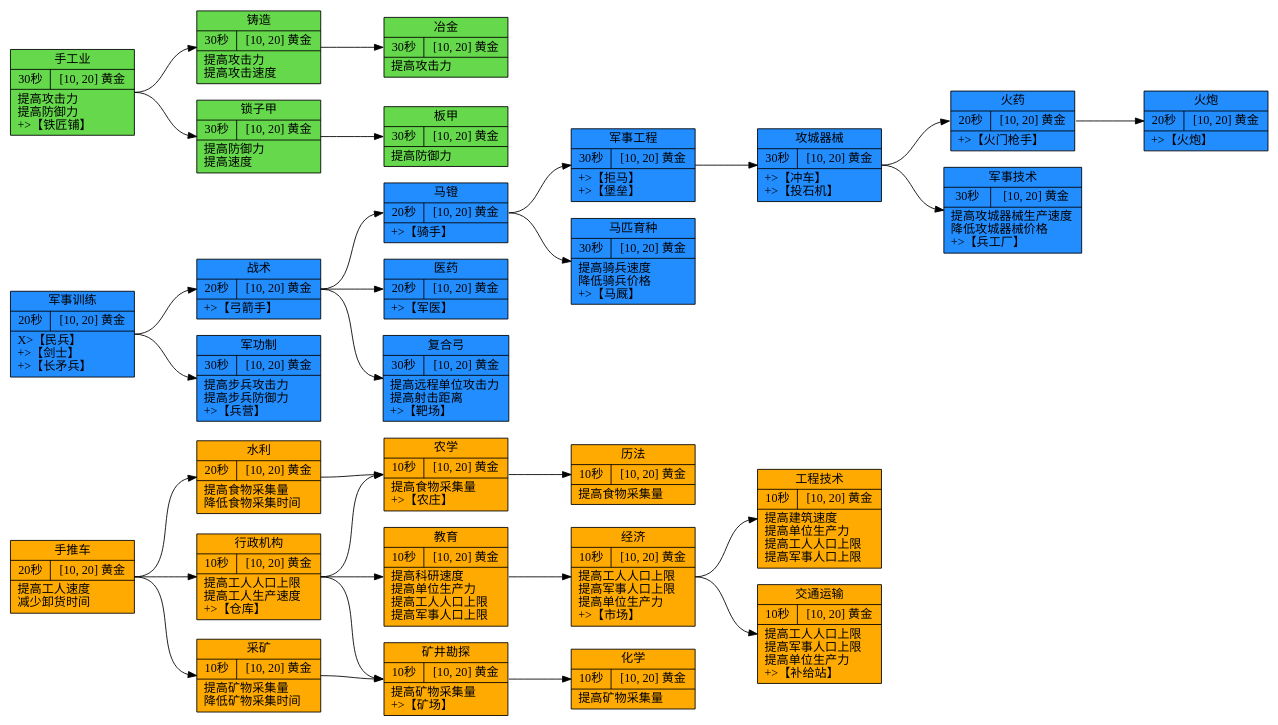
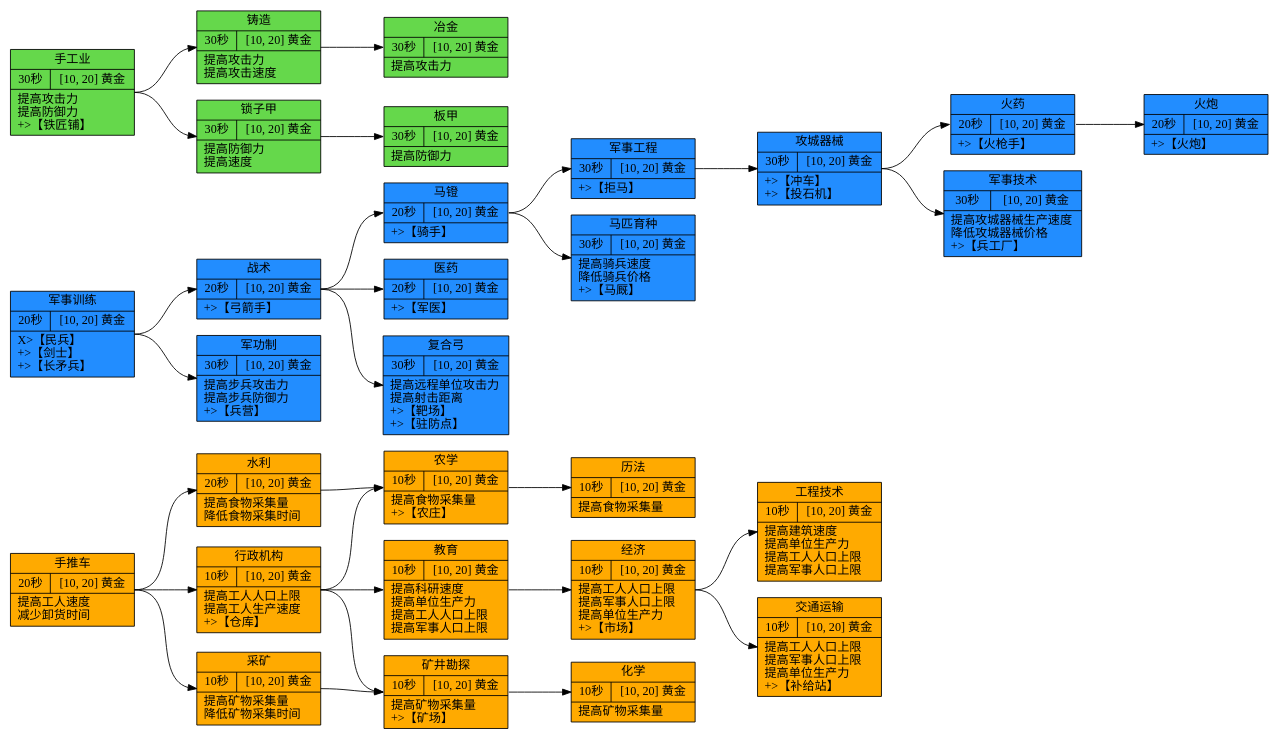
One commit to HkingAuditore/ToyEmpiresDocuments changed the diagram in PythonTools/TechTreeGraph/default.gv. Above: the diagram before and after it, drawn with Graphviz. The commit also changed 6 other files, not shown here.

```diff
--- a/PythonTools/TechTreeGraph/default.gv
+++ b/PythonTools/TechTreeGraph/default.gv
@@ -1,60 +1,60 @@
 digraph G {
 	rankdir=LR ranksep=1
 	"手推车" [label="手推车|{<f0>20秒| <f1>[10, 20] 黄金 }|提高工人速度\l减少卸货时间\l" fillcolor="#ffaa00" fontname=SimSun shape=record style=filled]
 	"水利" [label="水利|{<f0>20秒| <f1>[10, 20] 黄金 }|提高食物采集量\l降低食物采集时间\l" fillcolor="#ffaa00" fontname=SimSun shape=record style=filled]
 	"手推车":e -> "水利":w [len=2.00]
 	"采矿" [label="采矿|{<f0>10秒| <f1>[10, 20] 黄金 }|提高矿物采集量\l降低矿物采集时间\l" fillcolor="#ffaa00" fontname=SimSun shape=record style=filled]
 	"手推车":e -> "采矿":w [len=2.00]
 	"行政机构" [label="行政机构|{<f0>10秒| <f1>[10, 20] 黄金 }|提高工人人口上限\l提高工人生产速度\l\+\>【仓库】\l" fillcolor="#ffaa00" fontname=SimSun shape=record style=filled]
 	"手推车":e -> "行政机构":w [len=2.00]
 	"农学" [label="农学|{<f0>10秒| <f1>[10, 20] 黄金 }|提高食物采集量\l\+\>【农庄】\l" fillcolor="#ffaa00" fontname=SimSun shape=record style=filled]
 	"水利":e -> "农学":w [len=2.00]
 	"行政机构":e -> "农学":w [len=2.00]
 	"历法" [label="历法|{<f0>10秒| <f1>[10, 20] 黄金 }|提高食物采集量\l" fillcolor="#ffaa00" fontname=SimSun shape=record style=filled]
 	"农学":e -> "历法":w [len=2.00]
 	"矿井勘探" [label="矿井勘探|{<f0>10秒| <f1>[10, 20] 黄金 }|提高矿物采集量\l\+\>【矿场】\l" fillcolor="#ffaa00" fontname=SimSun shape=record style=filled]
 	"采矿":e -> "矿井勘探":w [len=2.00]
 	"行政机构":e -> "矿井勘探":w [len=2.00]
 	"化学" [label="化学|{<f0>10秒| <f1>[10, 20] 黄金 }|提高矿物采集量\l" fillcolor="#ffaa00" fontname=SimSun shape=record style=filled]
 	"矿井勘探":e -> "化学":w [len=2.00]
 	"教育" [label="教育|{<f0>10秒| <f1>[10, 20] 黄金 }|提高科研速度\l提高单位生产力\l提高工人人口上限\l提高军事人口上限\l" fillcolor="#ffaa00" fontname=SimSun shape=record style=filled]
 	"行政机构":e -> "教育":w [len=2.00]
 	"经济" [label="经济|{<f0>10秒| <f1>[10, 20] 黄金 }|提高工人人口上限\l提高军事人口上限\l提高单位生产力\l\+\>【市场】\l" fillcolor="#ffaa00" fontname=SimSun shape=record style=filled]
 	"教育":e -> "经济":w [len=2.00]
 	"工程技术" [label="工程技术|{<f0>10秒| <f1>[10, 20] 黄金 }|提高建筑速度\l提高单位生产力\l提高工人人口上限\l提高军事人口上限\l" fillcolor="#ffaa00" fontname=SimSun shape=record style=filled]
 	"经济":e -> "工程技术":w [len=2.00]
 	"交通运输" [label="交通运输|{<f0>10秒| <f1>[10, 20] 黄金 }|提高工人人口上限\l提高军事人口上限\l提高单位生产力\l\+\>【补给站】\l" fillcolor="#ffaa00" fontname=SimSun shape=record style=filled]
 	"经济":e -> "交通运输":w [len=2.00]
 	"军事训练" [label="军事训练|{<f0>20秒| <f1>[10, 20] 黄金 }|\X\>【民兵】\l\+\>【剑士】\l\+\>【长矛兵】\l" fillcolor="#228dff" fontname=SimSun shape=record style=filled]
 	"战术" [label="战术|{<f0>20秒| <f1>[10, 20] 黄金 }|\+\>【弓箭手】\l" fillcolor="#228dff" fontname=SimSun shape=record style=filled]
 	"军事训练":e -> "战术":w [len=2.00]
 	"马镫" [label="马镫|{<f0>20秒| <f1>[10, 20] 黄金 }|\+\>【骑手】\l" fillcolor="#228dff" fontname=SimSun shape=record style=filled]
 	"战术":e -> "马镫":w [len=2.00]
 	"医药" [label="医药|{<f0>20秒| <f1>[10, 20] 黄金 }|\+\>【军医】\l" fillcolor="#228dff" fontname=SimSun shape=record style=filled]
 	"战术":e -> "医药":w [len=2.00]
-	"军事工程" [label="军事工程|{<f0>30秒| <f1>[10, 20] 黄金 }|\+\>【拒马】\l\+\>【堡垒】\l" fillcolor="#228dff" fontname=SimSun shape=record style=filled]
+	"军事工程" [label="军事工程|{<f0>30秒| <f1>[10, 20] 黄金 }|\+\>【拒马】\l" fillcolor="#228dff" fontname=SimSun shape=record style=filled]
 	"马镫":e -> "军事工程":w [len=2.00]
 	"攻城器械" [label="攻城器械|{<f0>30秒| <f1>[10, 20] 黄金 }|\+\>【冲车】\l\+\>【投石机】\l" fillcolor="#228dff" fontname=SimSun shape=record style=filled]
 	"军事工程":e -> "攻城器械":w [len=2.00]
-	"火药" [label="火药|{<f0>20秒| <f1>[10, 20] 黄金 }|\+\>【火门枪手】\l" fillcolor="#228dff" fontname=SimSun shape=record style=filled]
+	"火药" [label="火药|{<f0>20秒| <f1>[10, 20] 黄金 }|\+\>【火枪手】\l" fillcolor="#228dff" fontname=SimSun shape=record style=filled]
 	"攻城器械":e -> "火药":w [len=2.00]
 	"火炮" [label="火炮|{<f0>20秒| <f1>[10, 20] 黄金 }|\+\>【火炮】\l" fillcolor="#228dff" fontname=SimSun shape=record style=filled]
 	"火药":e -> "火炮":w [len=2.00]
 	"军功制" [label="军功制|{<f0>30秒| <f1>[10, 20] 黄金 }|提高步兵攻击力\l提高步兵防御力\l\+\>【兵营】\l" fillcolor="#228dff" fontname=SimSun shape=record style=filled]
 	"军事训练":e -> "军功制":w [len=2.00]
-	"复合弓" [label="复合弓|{<f0>30秒| <f1>[10, 20] 黄金 }|提高远程单位攻击力\l提高射击距离\l\+\>【靶场】\l" fillcolor="#228dff" fontname=SimSun shape=record style=filled]
+	"复合弓" [label="复合弓|{<f0>30秒| <f1>[10, 20] 黄金 }|提高远程单位攻击力\l提高射击距离\l\+\>【靶场】\l\+\>【驻防点】\l" fillcolor="#228dff" fontname=SimSun shape=record style=filled]
 	"战术":e -> "复合弓":w [len=2.00]
 	"马匹育种" [label="马匹育种|{<f0>30秒| <f1>[10, 20] 黄金 }|提高骑兵速度\l降低骑兵价格\l\+\>【马厩】\l" fillcolor="#228dff" fontname=SimSun shape=record style=filled]
 	"马镫":e -> "马匹育种":w [len=2.00]
 	"军事技术" [label="军事技术|{<f0>30秒| <f1>[10, 20] 黄金 }|提高攻城器械生产速度\l降低攻城器械价格\l\+\>【兵工厂】\l" fillcolor="#228dff" fontname=SimSun shape=record style=filled]
 	"攻城器械":e -> "军事技术":w [len=2.00]
 	"手工业" [label="手工业|{<f0>30秒| <f1>[10, 20] 黄金 }|提高攻击力\l提高防御力\l\+\>【铁匠铺】\l" fillcolor="#65d84b" fontname=SimSun shape=record style=filled]
 	"铸造" [label="铸造|{<f0>30秒| <f1>[10, 20] 黄金 }|提高攻击力\l提高攻击速度\l" fillcolor="#65d84b" fontname=SimSun shape=record style=filled]
 	"手工业":e -> "铸造":w [len=2.00]
 	"冶金" [label="冶金|{<f0>30秒| <f1>[10, 20] 黄金 }|提高攻击力\l" fillcolor="#65d84b" fontname=SimSun shape=record style=filled]
 	"铸造":e -> "冶金":w [len=2.00]
 	"锁子甲" [label="锁子甲|{<f0>30秒| <f1>[10, 20] 黄金 }|提高防御力\l提高速度\l" fillcolor="#65d84b" fontname=SimSun shape=record style=filled]
 	"手工业":e -> "锁子甲":w [len=2.00]
 	"板甲" [label="板甲|{<f0>30秒| <f1>[10, 20] 黄金 }|提高防御力\l" fillcolor="#65d84b" fontname=SimSun shape=record style=filled]
 	"锁子甲":e -> "板甲":w [len=2.00]
 }
```
